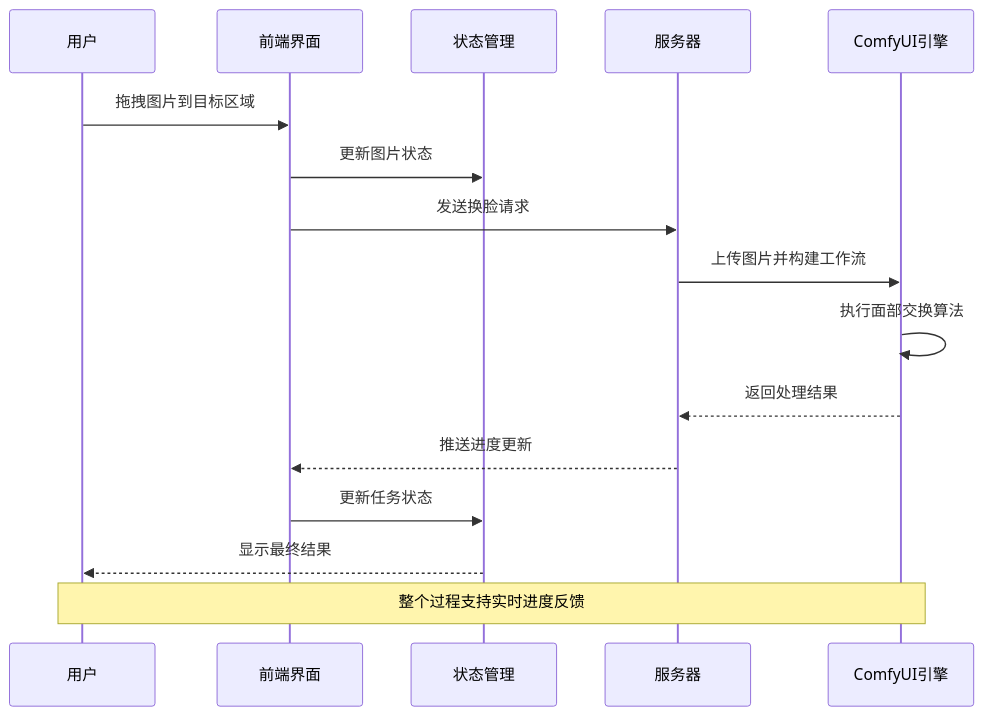
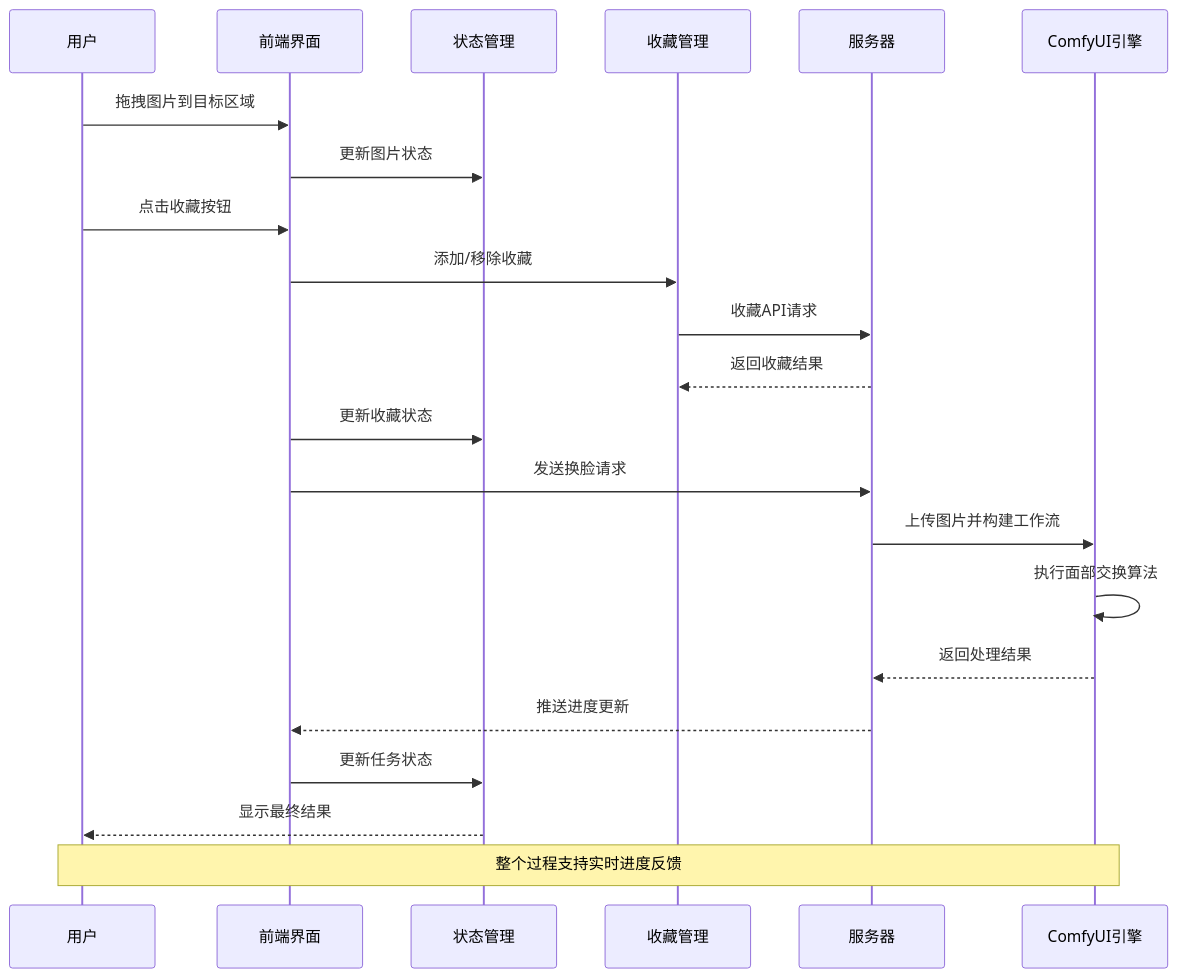
The second of 9 diagrams in .qoder/repowiki/zh/content/专业功能/面部交换.md (billye220670/CorineKit_Pix2Real), drawn with Mermaid before and after one commit. The commit also changed other lines of this file and 73 other files, not shown here.

````diff
--- a/.qoder/repowiki/zh/content/专业功能/面部交换.md
+++ b/.qoder/repowiki/zh/content/专业功能/面部交换.md
@@ -116,18 +137,24 @@
 ```mermaid
 sequenceDiagram
 participant User as 用户
 participant UI as 前端界面
 participant Store as 状态管理
+participant Favorites as 收藏管理
 participant Server as 服务器
 participant ComfyUI as ComfyUI引擎
 User->>UI : 拖拽图片到目标区域
 UI->>Store : 更新图片状态
+User->>UI : 点击收藏按钮
+UI->>Favorites : 添加/移除收藏
+Favorites->>Server : 收藏API请求
+Server-->>Favorites : 返回收藏结果
+UI->>Store : 更新收藏状态
 UI->>Server : 发送换脸请求
 Server->>ComfyUI : 上传图片并构建工作流
 ComfyUI->>ComfyUI : 执行面部交换算法
 ComfyUI-->>Server : 返回处理结果
 Server-->>UI : 推送进度更新
 UI->>Store : 更新任务状态
 Store-->>User : 显示最终结果
 Note over User,ComfyUI : 整个过程支持实时进度反馈
 ```
````
